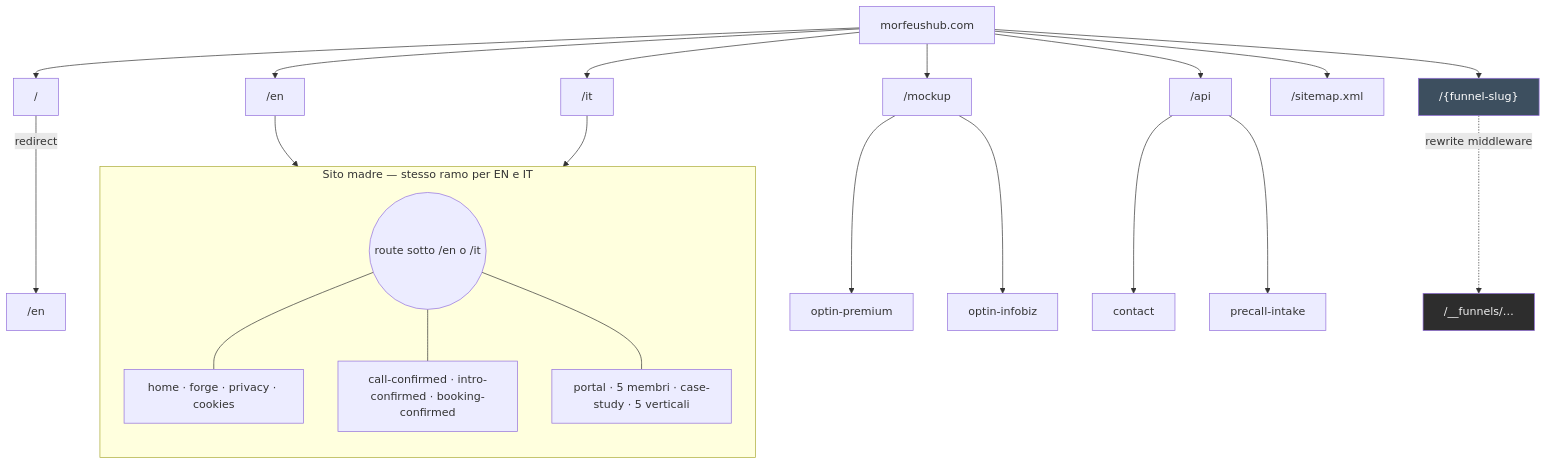
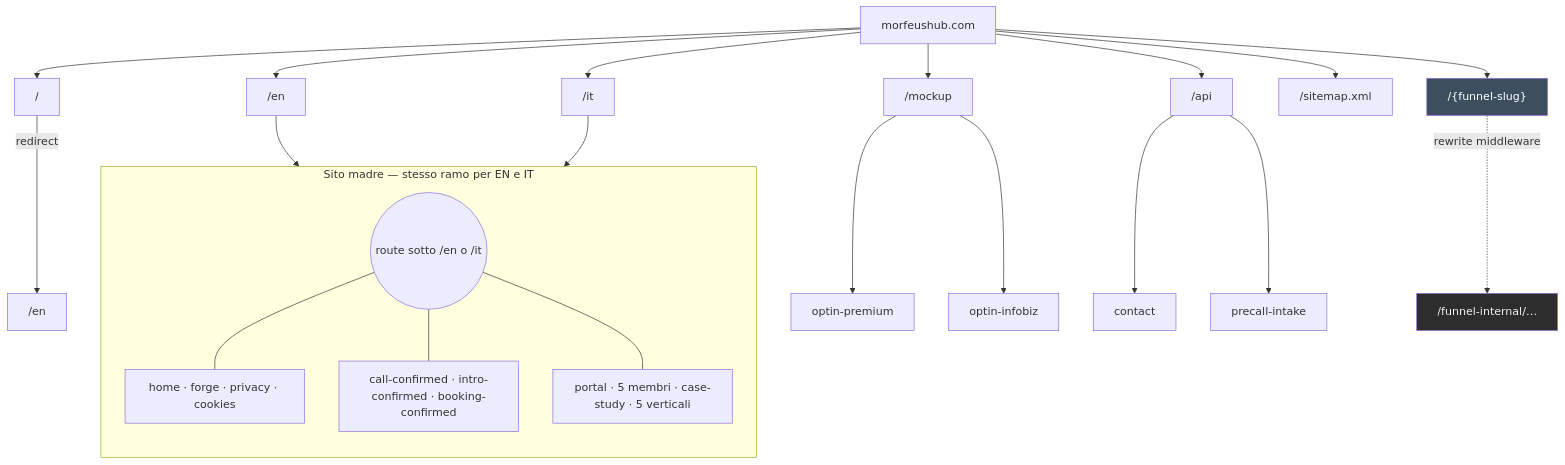
The first of 2 diagrams in docs/site-tree.md (mattarna/morfeus-website), drawn with Mermaid before and after one commit. The commit also changed other lines of this file and 15 other files, not shown here.

First line of the commit message:
feat: launch webinar-claude funnel flow

````diff
--- a/docs/site-tree.md
+++ b/docs/site-tree.md
@@ -134,37 +134,37 @@
 ```mermaid
 flowchart TB
   DOM["morfeushub.com"]
 
   DOM --> ROOT["/"]
   ROOT -->|"redirect"| EN_DEFAULT["/en"]
 
   DOM --> EN["/en"]
   DOM --> IT["/it"]
 
   subgraph LOC["Sito madre — stesso ramo per EN e IT"]
     direction TB
     HUB((route sotto /en o /it))
     HUB --- G1["home · forge · privacy · cookies"]
     HUB --- G2["call-confirmed · intro-confirmed · booking-confirmed"]
     HUB --- G3["portal · 5 membri · case-study · 5 verticali"]
   end
 
   EN --> LOC
   IT --> LOC
 
   DOM --> MOCK["/mockup"]
   MOCK --> M1["optin-premium"]
   MOCK --> M2["optin-infobiz"]
 
   DOM --> API["/api"]
   API --> AC["contact"]
   API --> PR["precall-intake"]
 
   DOM --> SMAP["/sitemap.xml"]
 
   DOM --> FUN["/{funnel-slug}"]
-  FUN -.->|"rewrite middleware"| INTERNAL["/__funnels/…"]
+  FUN -.->|"rewrite middleware"| INTERNAL["/funnel-internal/…"]
 
   style INTERNAL fill:#2d2d2d,color:#eee
   style FUN fill:#3d4f5f,color:#fff
 ```
````
